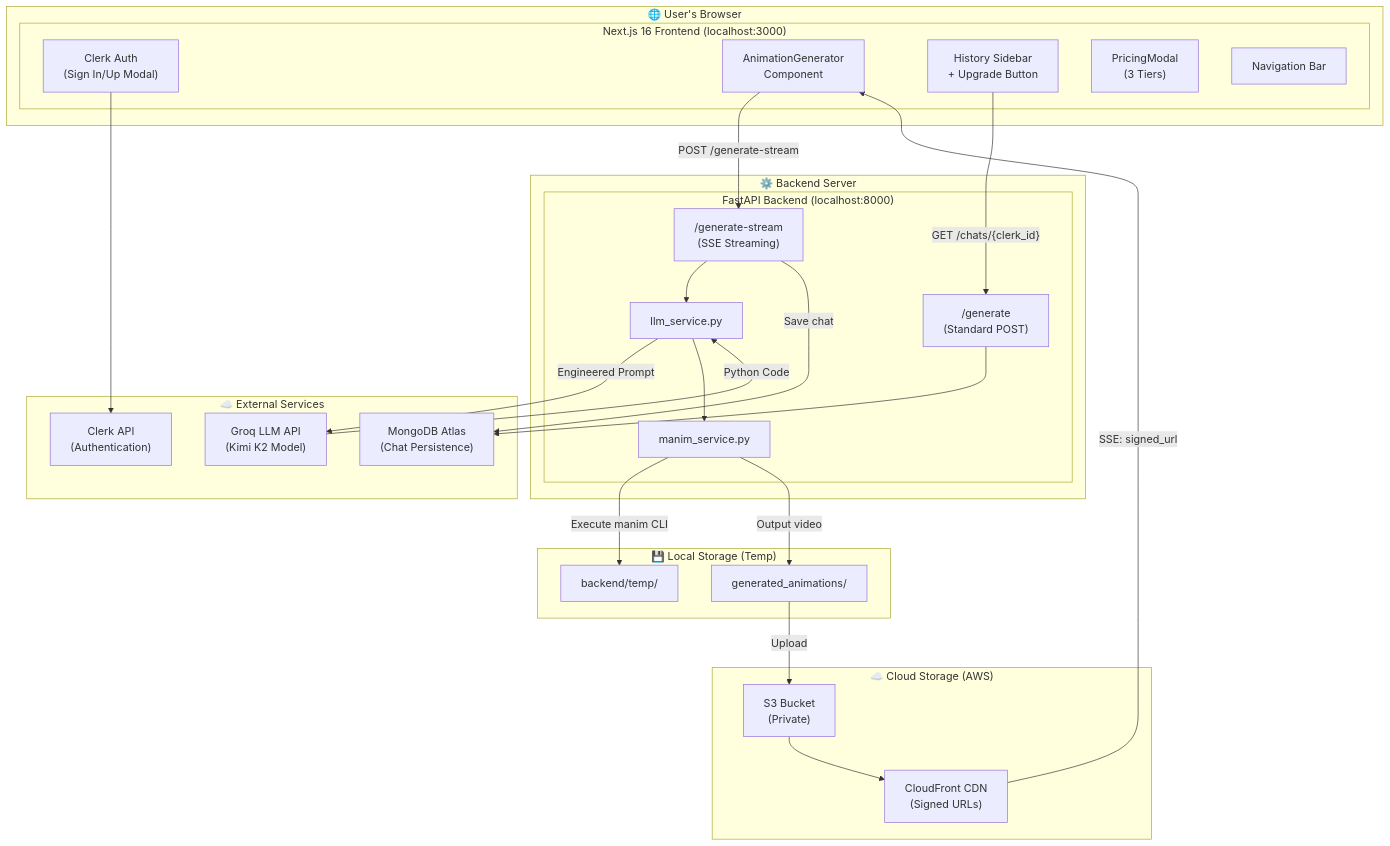
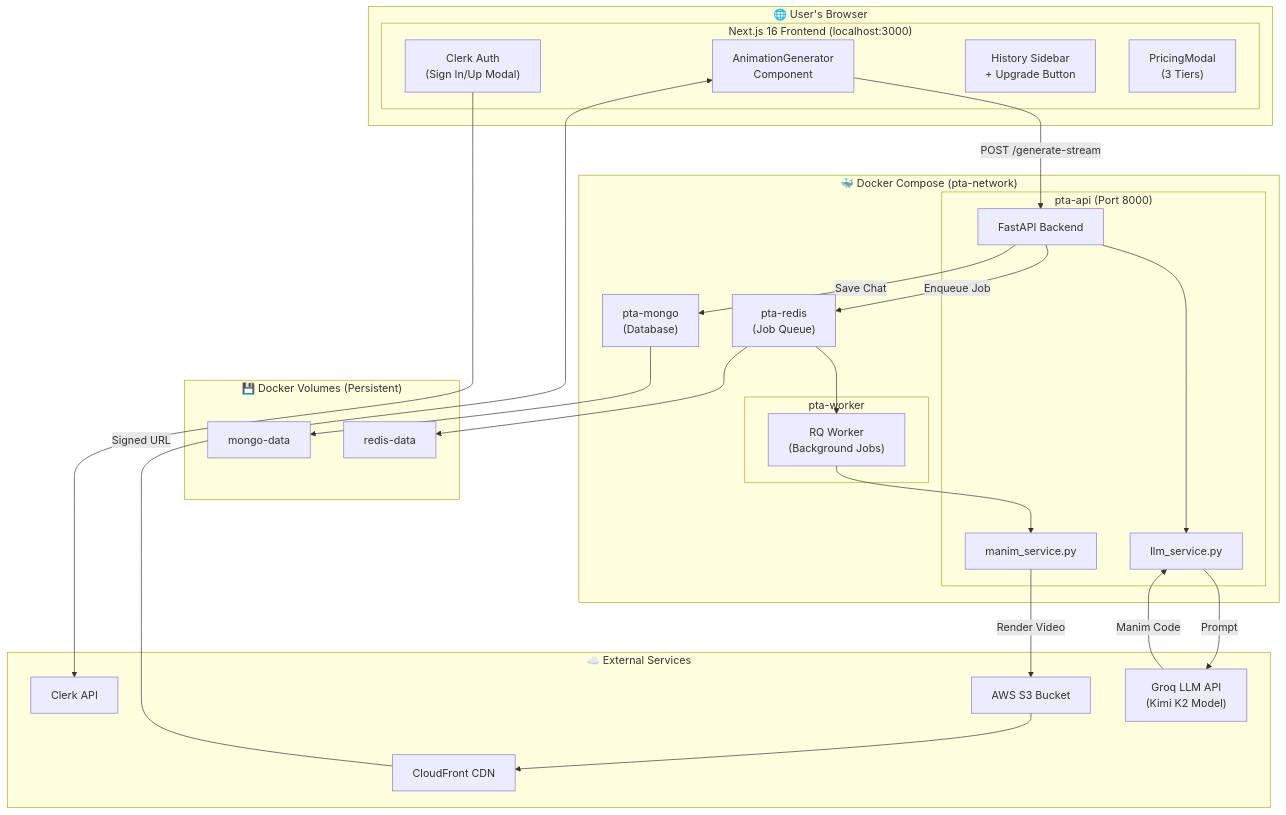
One commit to Aafimalek/prompt_to_animate changed the first of 4 diagrams in README.md. Above: the diagram before and after it, drawn with Mermaid. The commit also changed other lines of this file and 8 other files, not shown here.

Commit message:
added docker implementation and converted backend from monolith to microservices

````diff
--- a/README.md
+++ b/README.md
@@ -71,52 +75,53 @@
 ```mermaid
 flowchart TB
     subgraph Browser["🌐 User's Browser"]
         subgraph Frontend["Next.js 16 Frontend (localhost:3000)"]
             Clerk["Clerk Auth<br/>(Sign In/Up Modal)"]
             UI["AnimationGenerator<br/>Component"]
             Sidebar["History Sidebar<br/>+ Upgrade Button"]
             Pricing["PricingModal<br/>(3 Tiers)"]
-            Navbar["Navigation Bar"]
         end
     end
     
-    subgraph Server["⚙️ Backend Server"]
-        subgraph FastAPI["FastAPI Backend (localhost:8000)"]
-            API1["/generate<br/>(Standard POST)"]
-            API2["/generate-stream<br/>(SSE Streaming)"]
+    subgraph Docker["🐳 Docker Compose (pta-network)"]
+        subgraph API["pta-api (Port 8000)"]
+            FastAPI["FastAPI Backend"]
             LLM["llm_service.py"]
             Manim["manim_service.py"]
         end
+        
+        subgraph Worker["pta-worker"]
+            RQ["RQ Worker<br/>(Background Jobs)"]
+        end
+        
+        Redis["pta-redis<br/>(Job Queue)"]
+        Mongo["pta-mongo<br/>(Database)"]
+    end
+    
+    subgraph Volumes["💾 Docker Volumes (Persistent)"]
+        MongoVol["mongo-data"]
+        RedisVol["redis-data"]
     end
     
     subgraph External["☁️ External Services"]
         Groq["Groq LLM API<br/>(Kimi K2 Model)"]
-        ClerkAPI["Clerk API<br/>(Authentication)"]
-        MongoDB["MongoDB Atlas<br/>(Chat Persistence)"]
-    end
-    
-    subgraph Storage["☁️ Cloud Storage (AWS)"]
-        S3["S3 Bucket<br/>(Private)"]
-        CloudFront["CloudFront CDN<br/>(Signed URLs)"]
-    end
-    
-    subgraph LocalStorage["💾 Local Storage (Temp)"]
-        Videos["generated_animations/"]
-        Temp["backend/temp/"]
+        ClerkAPI["Clerk API"]
+        S3["AWS S3 Bucket"]
+        CloudFront["CloudFront CDN"]
     end
     
     Clerk --> ClerkAPI
-    UI -->|"POST /generate-stream"| API2
-    API2 --> LLM
-    LLM -->|"Engineered Prompt"| Groq
-    Groq -->|"Python Code"| LLM
-    LLM --> Manim
-    Manim -->|"Execute manim CLI"| Temp
-    Manim -->|"Output video"| Videos
-    Videos -->|"Upload"| S3
+    UI -->|"POST /generate-stream"| FastAPI
+    FastAPI --> LLM
+    LLM -->|"Prompt"| Groq
+    Groq -->|"Manim Code"| LLM
+    FastAPI -->|"Enqueue Job"| Redis
+    Redis --> RQ
+    RQ --> Manim
+    Manim -->|"Render Video"| S3
     S3 --> CloudFront
-    CloudFront -->|"SSE: signed_url"| UI
-    API2 -->|"Save chat"| MongoDB
-    Sidebar -->|"GET /chats/{clerk_id}"| API1
-    API1 --> MongoDB
+    CloudFront -->|"Signed URL"| UI
+    FastAPI -->|"Save Chat"| Mongo
+    Mongo --> MongoVol
+    Redis --> RedisVol
 ```
````
